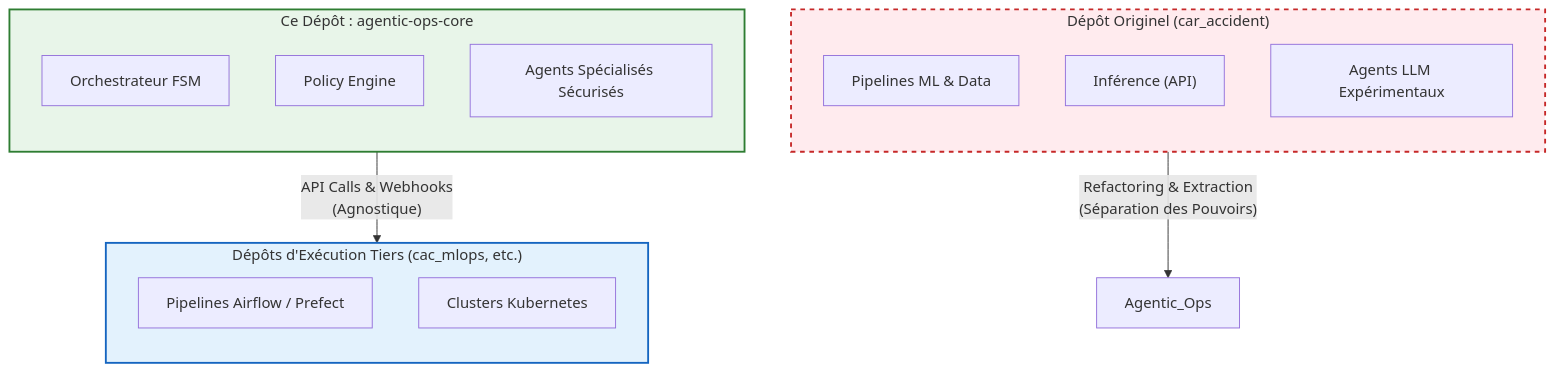
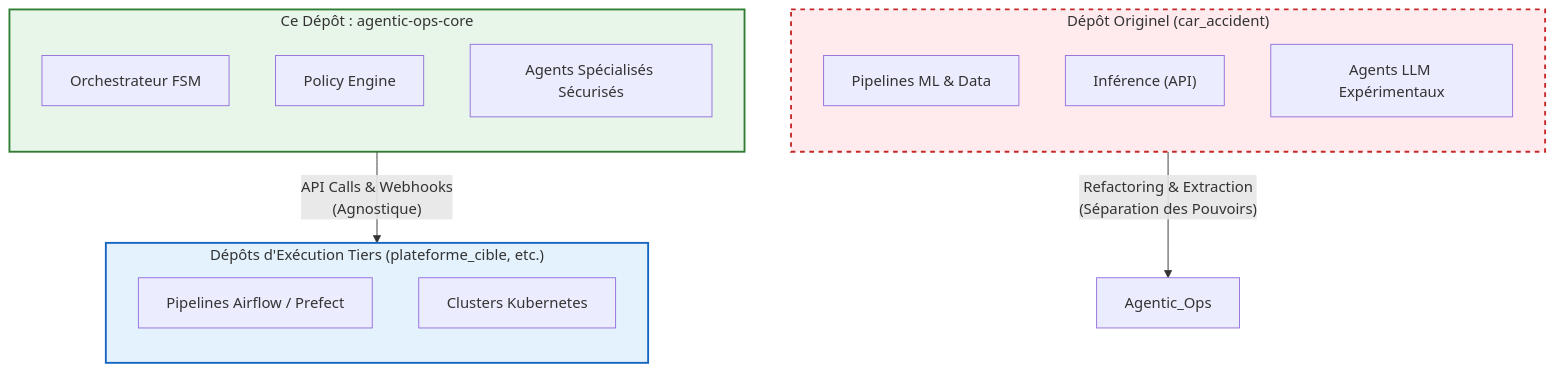
One commit to nolll77/agentic-ops changed the diagram in GENESIS.md. Above: the diagram before and after it, drawn with Mermaid. The commit also changed other lines of this file and 5 other files, not shown here.

Commit message:
refactor: completely generalize platform references, removing hardcoded cac_mlops for true agnostic architecture

````diff
--- a/GENESIS.md
+++ b/GENESIS.md
@@ -27,40 +27,40 @@
 ```mermaid
 flowchart TD
     %% Historique
     subgraph Monorepo_Historique ["Dépôt Originel (car_accident)"]
         direction TB
         Pipeline_ML["Pipelines ML & Data"]
         Inference["Inférence (API)"]
         Exp_Agents["Agents LLM Expérimentaux"]
     end
 
     %% Le Spin-off
     Exp_Agents -- "Refactoring & Extraction
 (Séparation des Pouvoirs)" --> Agentic_Ops
 
     %% Nouvelle Architecture
     subgraph Dépôt_Agentic_Ops ["Ce Dépôt : agentic-ops-core"]
         direction TB
         Orchestrateur["Orchestrateur FSM"]
         Policy["Policy Engine"]
         Sec_Agents["Agents Spécialisés Sécurisés"]
     end
 
-    subgraph Dépôts_Cibles ["Dépôts d'Exécution Tiers (cac_mlops, etc.)"]
+    subgraph Dépôts_Cibles ["Dépôts d'Exécution Tiers (plateforme_cible, etc.)"]
         direction TB
         External_Pipelines["Pipelines Airflow / Prefect"]
         External_K8s["Clusters Kubernetes"]
     end
 
     Dépôt_Agentic_Ops -- "API Calls & Webhooks
 (Agnostique)" --> Dépôts_Cibles
 
     %% Style
     classDef old fill:#ffebee,stroke:#c62828,stroke-width:2px,stroke-dasharray: 5 5;
     classDef new fill:#e8f5e9,stroke:#2e7d32,stroke-width:2px;
     classDef target fill:#e3f2fd,stroke:#1565c0,stroke-width:2px;
     
     class Monorepo_Historique old;
     class Dépôt_Agentic_Ops new;
     class Dépôts_Cibles target;
 ```
````
